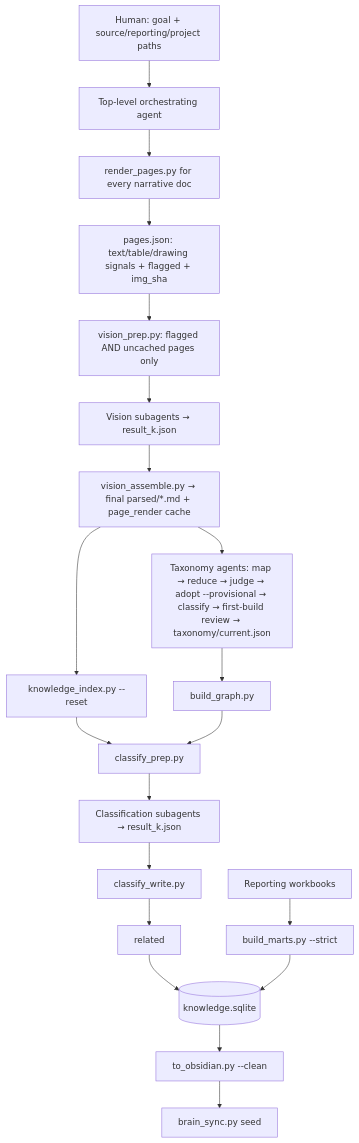
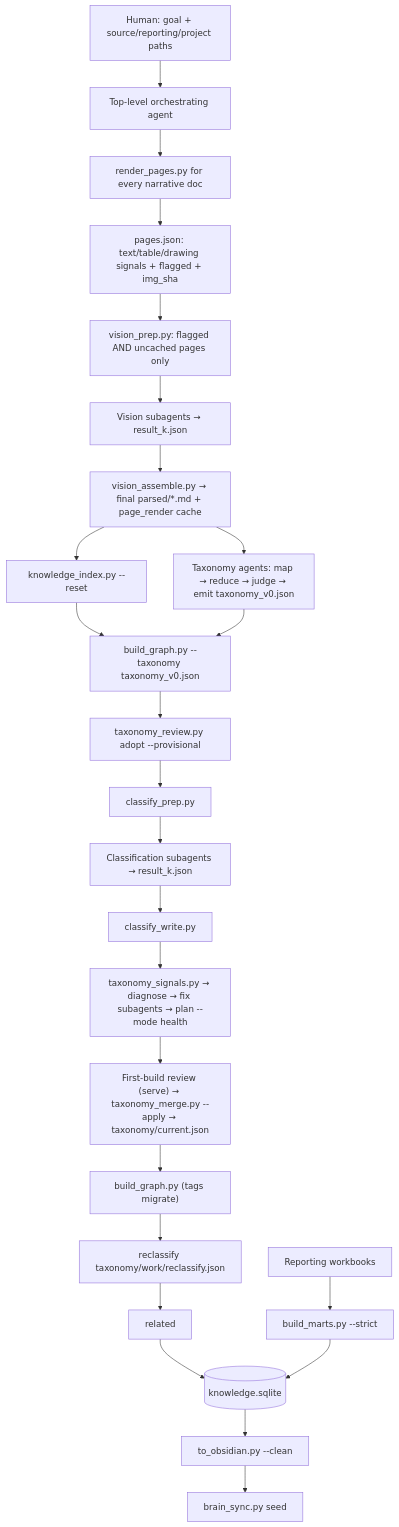
The fifth of 7 diagrams in bundles/brain/README.md (onetest-ai/applied_skills), drawn with Mermaid before and after one commit. The commit also changed other lines of this file, not shown here.

First line of the commit message:
docs(brain): README pipeline shows the count-grounded first-build order

````diff
--- a/bundles/brain/README.md
+++ b/bundles/brain/README.md
@@ -270,21 +270,26 @@
 ```mermaid
 flowchart TD
     H["Human: goal + source/reporting/project paths"] --> O["Top-level orchestrating agent"]
     O --> R["render_pages.py for every narrative doc"]
     R --> P["pages.json: text/table/drawing signals + flagged + img_sha"]
     P --> VP["vision_prep.py: flagged AND uncached pages only"]
     VP --> VA["Vision subagents → result_k.json"]
     VA --> AS["vision_assemble.py → final parsed/*.md + page_render cache"]
-    AS --> TX["Taxonomy agents: map → reduce → judge → adopt --provisional → classify → first-build review → taxonomy/current.json"]
+    AS --> TX["Taxonomy agents: map → reduce → judge → emit taxonomy_v0.json"]
     AS --> IX["knowledge_index.py --reset"]
-    TX --> GR["build_graph.py"]
-    IX --> CP["classify_prep.py"]
-    GR --> CP
+    IX --> GR["build_graph.py --taxonomy taxonomy_v0.json"]
+    TX --> GR
+    GR --> AD["taxonomy_review.py adopt --provisional"]
+    AD --> CP["classify_prep.py"]
     CP --> CA["Classification subagents → result_k.json"]
     CA --> CW["classify_write.py"]
-    CW --> REL["related"]
+    CW --> HR["taxonomy_signals.py → diagnose → fix subagents → plan --mode health"]
+    HR --> FR["First-build review (serve) → taxonomy_merge.py --apply → taxonomy/current.json"]
+    FR --> G2["build_graph.py (tags migrate)"]
+    G2 --> RC["reclassify taxonomy/work/reclassify.json"]
+    RC --> REL["related"]
     REL --> DB[("knowledge.sqlite")]
     X["Reporting workbooks"] --> M["build_marts.py --strict"] --> DB
     DB --> V["to_obsidian.py --clean"]
     V --> S["brain_sync.py seed"]
 ```
````
